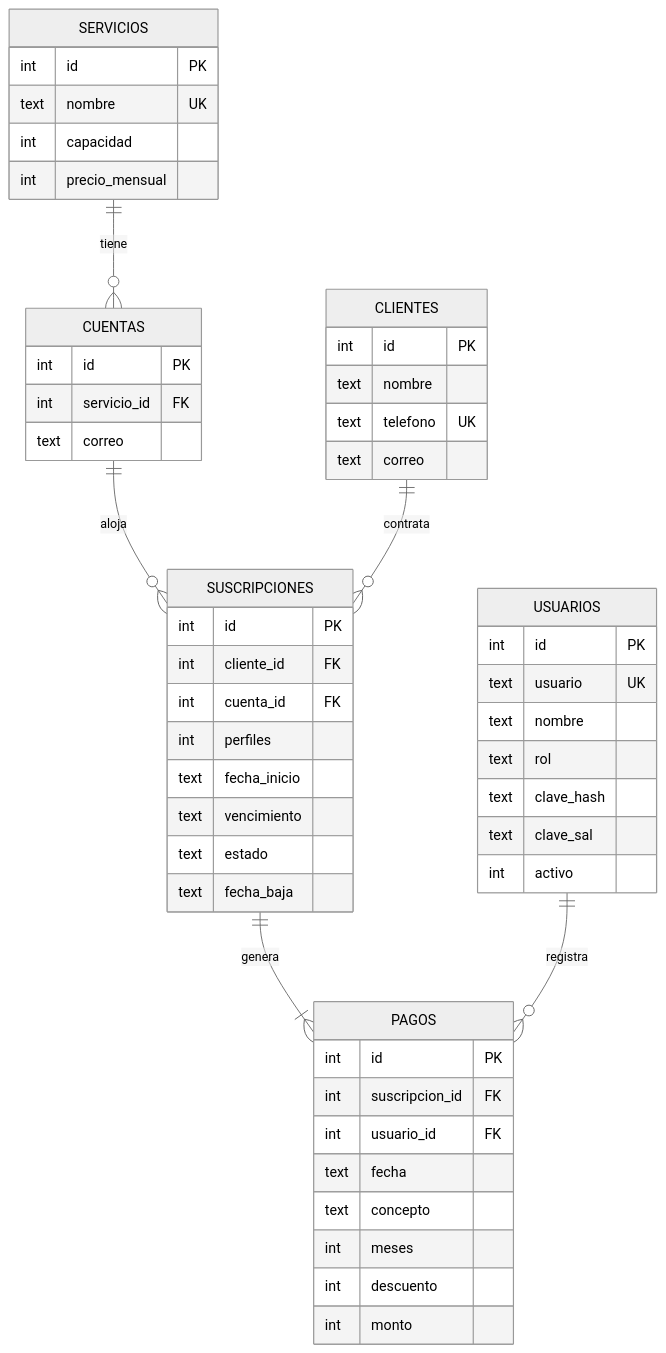
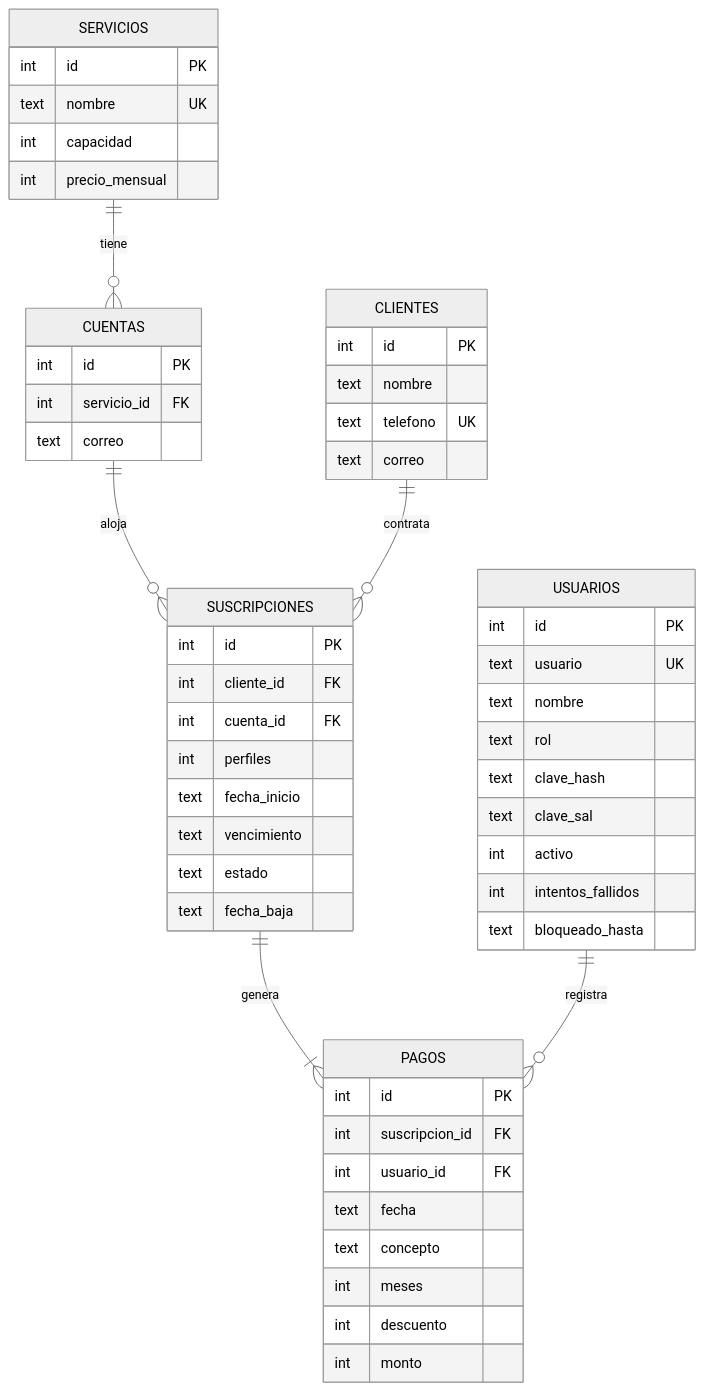
The second of 2 diagrams in accountstore_escritorio/docs/INFORME.md (TheMarce001/programacion_VI), drawn with Mermaid (neutral theme) before and after one commit. The commit also changed other lines of this file and 17 other files, not shown here.

First line of the commit message:
Editar clientes y bloqueo tras 3 intentos fallidos

````diff
--- a/accountstore_escritorio/docs/INFORME.md
+++ b/accountstore_escritorio/docs/INFORME.md
@@ -146,55 +154,57 @@
 ```mermaid
 erDiagram
     SERVICIOS ||--o{ CUENTAS : "tiene"
     CUENTAS ||--o{ SUSCRIPCIONES : "aloja"
     CLIENTES ||--o{ SUSCRIPCIONES : "contrata"
     SUSCRIPCIONES ||--|{ PAGOS : "genera"
     USUARIOS ||--o{ PAGOS : "registra"
 
     USUARIOS {
         int id PK
         text usuario UK
         text nombre
         text rol
         text clave_hash
         text clave_sal
         int activo
+        int intentos_fallidos
+        text bloqueado_hasta
     }
     SERVICIOS {
         int id PK
         text nombre UK
         int capacidad
         int precio_mensual
     }
     CUENTAS {
         int id PK
         int servicio_id FK
         text correo
     }
     CLIENTES {
         int id PK
         text nombre
         text telefono UK
         text correo
     }
     SUSCRIPCIONES {
         int id PK
         int cliente_id FK
         int cuenta_id FK
         int perfiles
         text fecha_inicio
         text vencimiento
         text estado
         text fecha_baja
     }
     PAGOS {
         int id PK
         int suscripcion_id FK
         int usuario_id FK
         text fecha
         text concepto
         int meses
         int descuento
         int monto
     }
 ```
````
